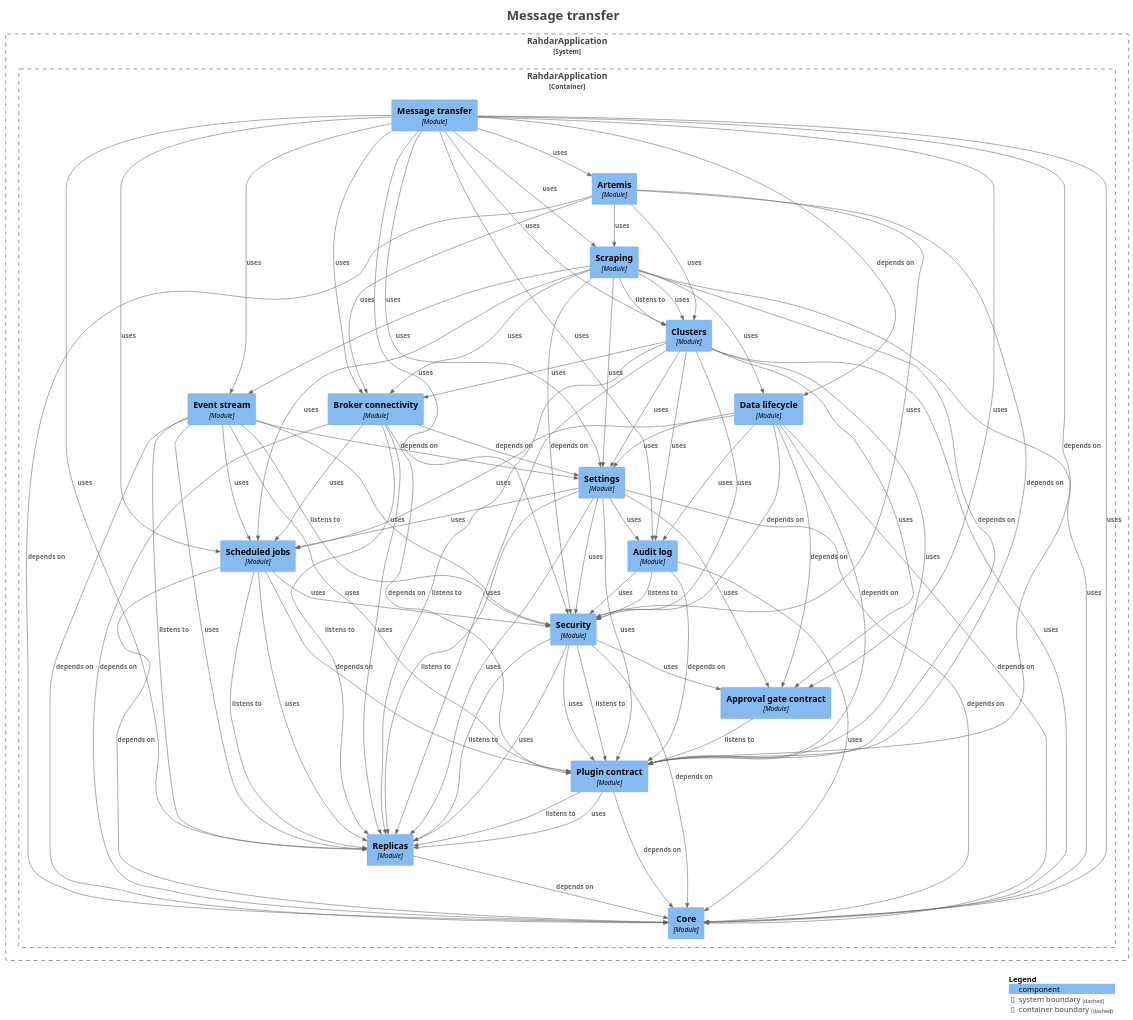
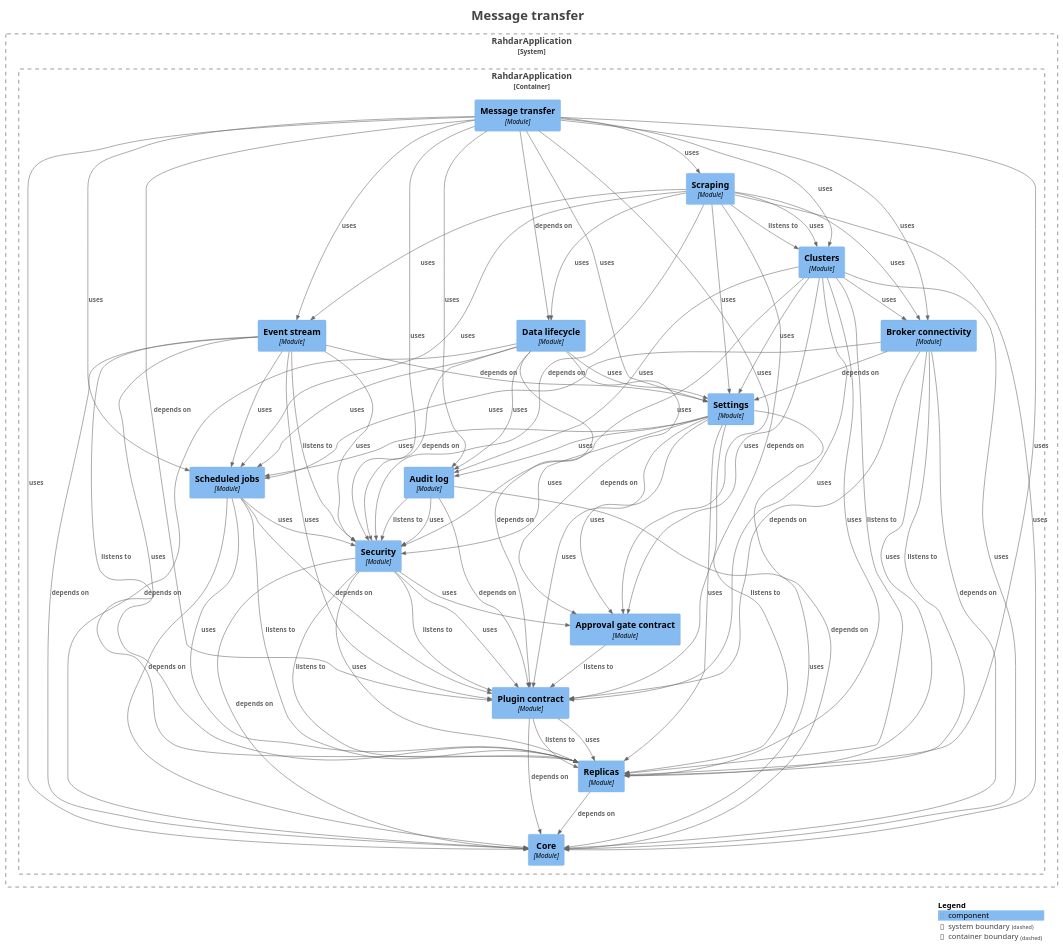
Before and after one commit to sudoitir/rahdar: the diagram in docs/modules/module-feature.transfer.puml, drawn with PlantUML. The commit also changed 63 other files, not shown here.

First line of the commit message:
refactor(broker): move taps, transfer staging and flow sampling behind system extensions

```diff
--- a/docs/modules/module-feature.transfer.puml
+++ b/docs/modules/module-feature.transfer.puml
@@ -18,7 +18,6 @@
 System_Boundary("RahdarApplication_boundary", "RahdarApplication", $tags="") {
   Container_Boundary("RahdarApplication.RahdarApplication_boundary", "RahdarApplication", $tags="") {
     Component(RahdarApplication.RahdarApplication.Approvalgatecontract, "Approval gate contract", $techn="Module", $descr="", $tags="", $link="")
-    Component(RahdarApplication.RahdarApplication.Artemis, "Artemis", $techn="Module", $descr="", $tags="", $link="")
     Component(RahdarApplication.RahdarApplication.Auditlog, "Audit log", $techn="Module", $descr="", $tags="", $link="")
     Component(RahdarApplication.RahdarApplication.Brokerconnectivity, "Broker connectivity", $techn="Module", $descr="", $tags="", $link="")
     Component(RahdarApplication.RahdarApplication.Clusters, "Clusters", $techn="Module", $descr="", $tags="", $link="")
@@ -37,12 +36,6 @@
 }
 
 Rel(RahdarApplication.RahdarApplication.Approvalgatecontract, RahdarApplication.RahdarApplication.Plugincontract, "listens to", $techn="", $tags="", $link="")
-Rel(RahdarApplication.RahdarApplication.Artemis, RahdarApplication.RahdarApplication.Brokerconnectivity, "uses", $techn="", $tags="", $link="")
-Rel(RahdarApplication.RahdarApplication.Artemis, RahdarApplication.RahdarApplication.Clusters, "uses", $techn="", $tags="", $link="")
-Rel(RahdarApplication.RahdarApplication.Artemis, RahdarApplication.RahdarApplication.Core, "depends on", $techn="", $tags="", $link="")
-Rel(RahdarApplication.RahdarApplication.Artemis, RahdarApplication.RahdarApplication.Plugincontract, "depends on", $techn="", $tags="", $link="")
-Rel(RahdarApplication.RahdarApplication.Artemis, RahdarApplication.RahdarApplication.Scraping, "uses", $techn="", $tags="", $link="")
-Rel(RahdarApplication.RahdarApplication.Artemis, RahdarApplication.RahdarApplication.Security, "uses", $techn="", $tags="", $link="")
 Rel(RahdarApplication.RahdarApplication.Auditlog, RahdarApplication.RahdarApplication.Core, "uses", $techn="", $tags="", $link="")
 Rel(RahdarApplication.RahdarApplication.Auditlog, RahdarApplication.RahdarApplication.Plugincontract, "depends on", $techn="", $tags="", $link="")
 Rel(RahdarApplication.RahdarApplication.Auditlog, RahdarApplication.RahdarApplication.Security, "listens to", $techn="", $tags="", $link="")
@@ -78,7 +71,6 @@
 Rel(RahdarApplication.RahdarApplication.Eventstream, RahdarApplication.RahdarApplication.Security, "uses", $techn="", $tags="", $link="")
 Rel(RahdarApplication.RahdarApplication.Eventstream, RahdarApplication.RahdarApplication.Settings, "depends on", $techn="", $tags="", $link="")
 Rel(RahdarApplication.RahdarApplication.Messagetransfer, RahdarApplication.RahdarApplication.Approvalgatecontract, "uses", $techn="", $tags="", $link="")
-Rel(RahdarApplication.RahdarApplication.Messagetransfer, RahdarApplication.RahdarApplication.Artemis, "uses", $techn="", $tags="", $link="")
 Rel(RahdarApplication.RahdarApplication.Messagetransfer, RahdarApplication.RahdarApplication.Auditlog, "uses", $techn="", $tags="", $link="")
 Rel(RahdarApplication.RahdarApplication.Messagetransfer, RahdarApplication.RahdarApplication.Brokerconnectivity, "uses", $techn="", $tags="", $link="")
 Rel(RahdarApplication.RahdarApplication.Messagetransfer, RahdarApplication.RahdarApplication.Clusters, "uses", $techn="", $tags="", $link="")
```
